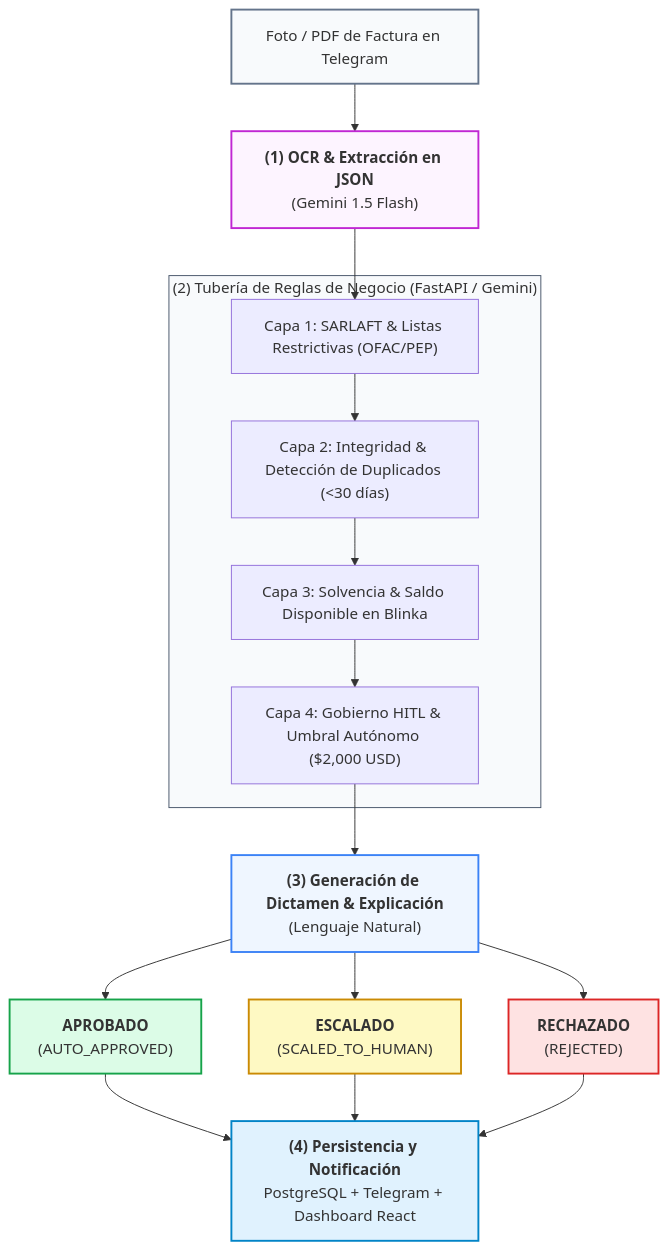
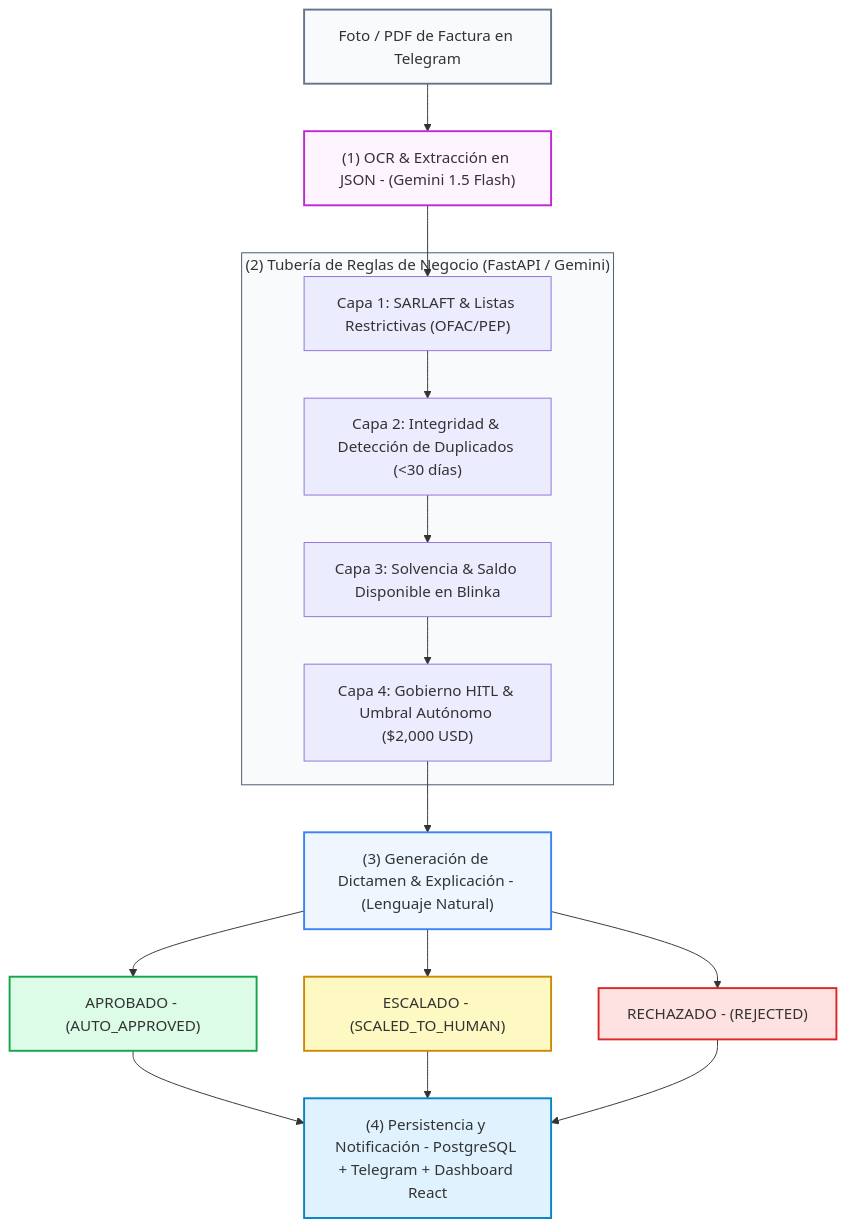
Before and after one commit to Oriojas/30X_404_team: the second of 2 diagrams in docs/arquitectura/arquitectura_solucion_v3.md, drawn with Mermaid. The commit also changed other lines of this file and 6 other files, not shown here.

First line of the commit message:
fix: corregir sintaxis de diagramas mermaid y eliminar etiquetas html visibles

````diff
--- a/docs/arquitectura/arquitectura_solucion_v3.md
+++ b/docs/arquitectura/arquitectura_solucion_v3.md
@@ -71,33 +71,33 @@
 ```mermaid
 flowchart TD
-    In["Foto / PDF de Factura en Telegram"] --> Step1["<b>(1) OCR & Extracción en JSON</b><br/>(Gemini 1.5 Flash)"]
+    In["Foto / PDF de Factura en Telegram"] --> Step1["(1) OCR & Extracción en JSON - (Gemini 1.5 Flash)"]
 
     subgraph Pipeline ["(2) Tubería de Reglas de Negocio (FastAPI / Gemini)"]
         L1["Capa 1: SARLAFT & Listas Restrictivas (OFAC/PEP)"]
         L2["Capa 2: Integridad & Detección de Duplicados (<30 días)"]
         L3["Capa 3: Solvencia & Saldo Disponible en Blinka"]
         L4["Capa 4: Gobierno HITL & Umbral Autónomo ($2,000 USD)"]
 
         L1 --> L2 --> L3 --> L4
     end
 
     Step1 --> L1
-    L4 --> Step3["<b>(3) Generación de Dictamen & Explicación</b><br/>(Lenguaje Natural)"]
+    L4 --> Step3["(3) Generación de Dictamen & Explicación - (Lenguaje Natural)"]
 
-    Step3 --> Aprobado["<b>APROBADO</b><br/>(AUTO_APPROVED)"]
-    Step3 --> Escalado["<b>ESCALADO</b><br/>(SCALED_TO_HUMAN)"]
-    Step3 --> Rechazado["<b>RECHAZADO</b><br/>(REJECTED)"]
+    Step3 --> Aprobado["APROBADO - (AUTO_APPROVED)"]
+    Step3 --> Escalado["ESCALADO - (SCALED_TO_HUMAN)"]
+    Step3 --> Rechazado["RECHAZADO - (REJECTED)"]
 
-    Aprobado --> Step4["<b>(4) Persistencia y Notificación</b><br/>PostgreSQL + Telegram + Dashboard React"]
+    Aprobado --> Step4["(4) Persistencia y Notificación - PostgreSQL + Telegram + Dashboard React"]
     Escalado --> Step4
     Rechazado --> Step4
 
     style In fill:#f8fafc,stroke:#64748b,stroke-width:2px
     style Step1 fill:#fdf4ff,stroke:#c026d3,stroke-width:2px
     style Pipeline fill:#f8fafc,stroke:#475569,stroke-width:1px
     style Step3 fill:#eff6ff,stroke:#3b82f6,stroke-width:2px
     style Aprobado fill:#dcfce7,stroke:#16a34a,stroke-width:2px
     style Escalado fill:#fef9c3,stroke:#ca8a04,stroke-width:2px
     style Rechazado fill:#fee2e2,stroke:#dc2626,stroke-width:2px
     style Step4 fill:#e0f2fe,stroke:#0284c7,stroke-width:2px
 ```
````
